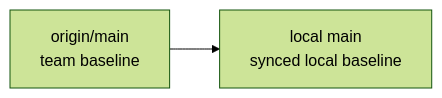
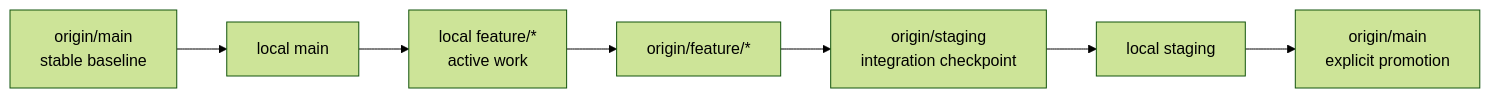
One commit to swinneyj/soc-plaform changed the first of 4 diagrams in docs/GIT_VISUAL_MAP.md. Above: the diagram before and after it, drawn with Mermaid (forest theme). The commit also changed other lines of this file and 4 other files, not shown here.

````diff
--- a/docs/GIT_VISUAL_MAP.md
+++ b/docs/GIT_VISUAL_MAP.md
@@ -21,4 +25,9 @@
 ```mermaid
 flowchart LR
-    A[origin/main<br/>team baseline] --> B[local main<br/>synced local baseline]
+     A[origin/main<br/>stable baseline] --> B[local main]
+     B --> C[local feature/*<br/>active work]
+     C --> D[origin/feature/*]
+     D --> E[origin/staging<br/>integration checkpoint]
+     E --> F[local staging]
+     F --> G[origin/main<br/>explicit promotion]
 ```
````
